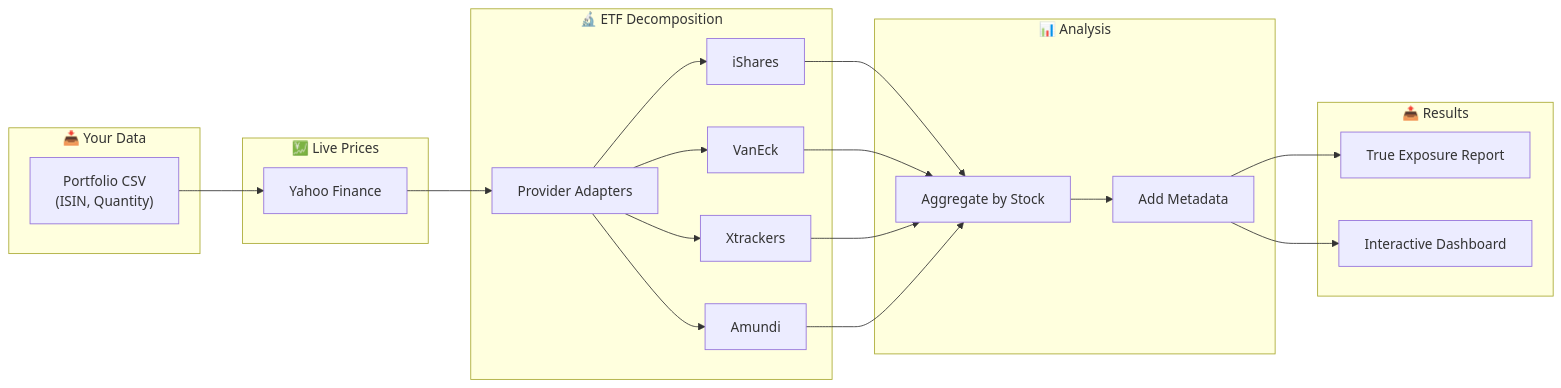
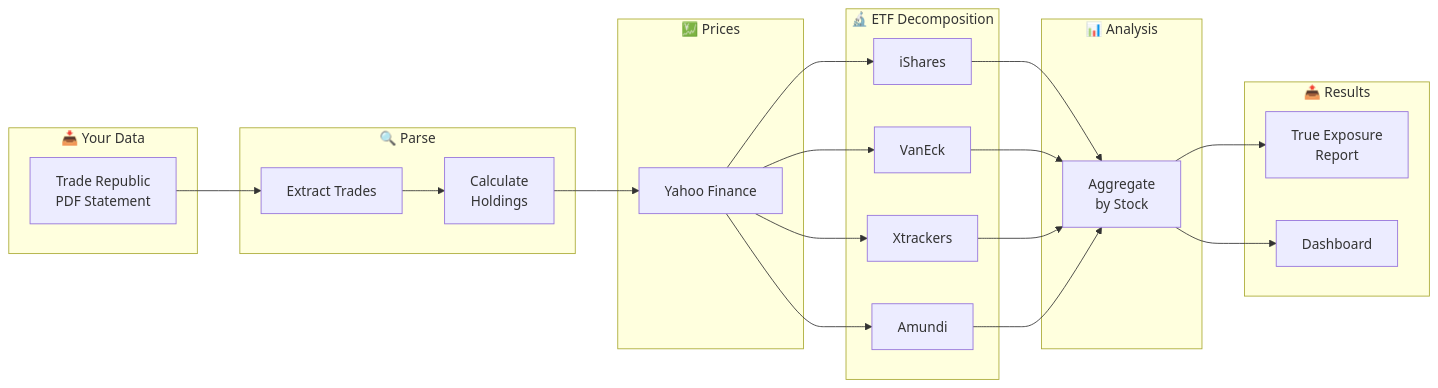
One commit to Skeptomenos/Portfolio-Prism changed the first of 2 diagrams in README.md. Above: the diagram before and after it, drawn with Mermaid. The commit also changed other lines of this file and 2 other files, not shown here.

First line of the commit message:
docs: fix README for Trade Republic PDF workflow

````diff
--- a/README.md
+++ b/README.md
@@ -163,33 +166,36 @@
 ```mermaid
 flowchart LR
     subgraph Input["📥 Your Data"]
-        Portfolio["Portfolio CSV<br/>(ISIN, Quantity)"]
+        PDF["Trade Republic<br/>PDF Statement"]
     end
 
-    subgraph Pricing["💹 Live Prices"]
+    subgraph Parse["🔍 Parse"]
+        Parser["Extract Trades"]
+        Holdings["Calculate<br/>Holdings"]
+    end
+
+    subgraph Pricing["💹 Prices"]
         YF["Yahoo Finance"]
     end
 
     subgraph ETF["🔬 ETF Decomposition"]
-        Adapters["Provider Adapters"]
         iShares["iShares"]
         VanEck["VanEck"]
         Xtrackers["Xtrackers"]
         Amundi["Amundi"]
     end
 
     subgraph Analysis["📊 Analysis"]
-        Aggregate["Aggregate by Stock"]
-        Enrich["Add Metadata"]
+        Aggregate["Aggregate<br/>by Stock"]
     end
 
     subgraph Output["📤 Results"]
-        Report["True Exposure Report"]
-        Dashboard["Interactive Dashboard"]
+        Report["True Exposure<br/>Report"]
+        Dashboard["Dashboard"]
     end
 
-    Portfolio --> YF --> Adapters
-    Adapters --> iShares & VanEck & Xtrackers & Amundi
+    PDF --> Parser --> Holdings --> YF
+    YF --> iShares & VanEck & Xtrackers & Amundi
     iShares & VanEck & Xtrackers & Amundi --> Aggregate
-    Aggregate --> Enrich --> Report & Dashboard
+    Aggregate --> Report & Dashboard
 ```
````
